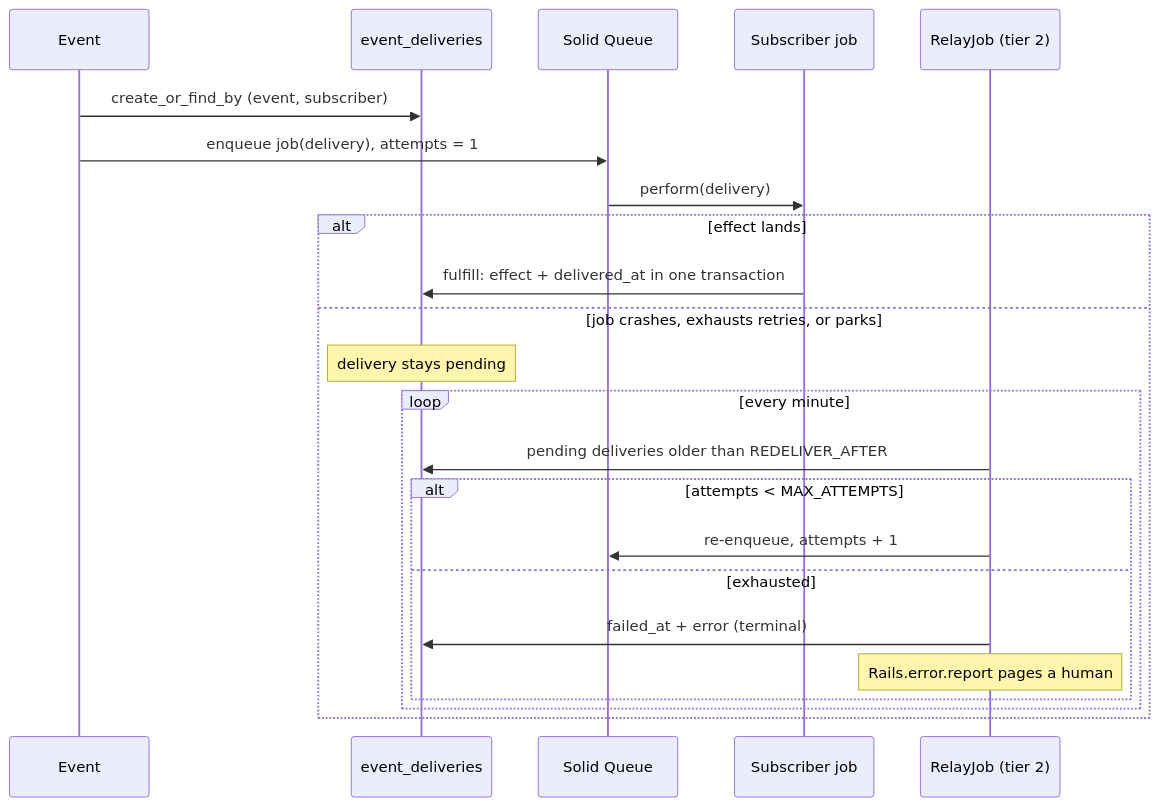
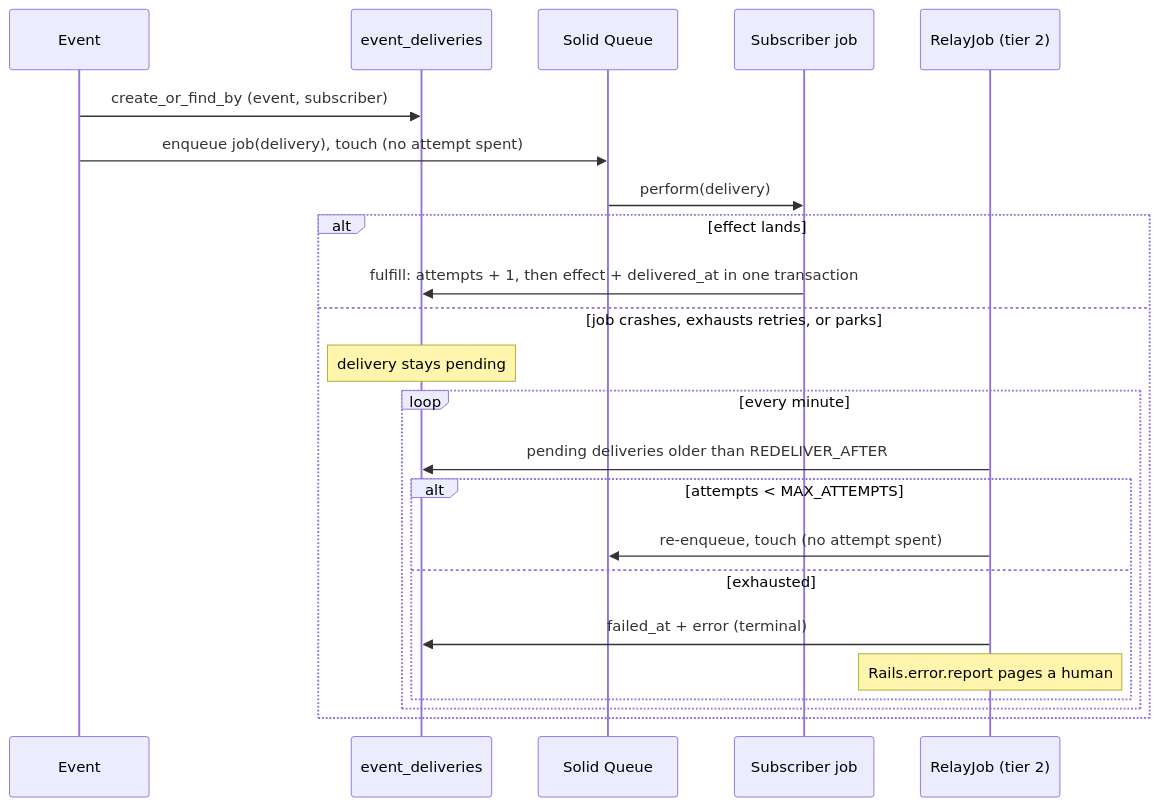
One commit to wcalderipe/rails-vanilla-domain-events changed the diagram in README.md. Above: the diagram before and after it, drawn with Mermaid. The commit also changed other lines of this file and 5 other files, not shown here.

````diff
--- a/README.md
+++ b/README.md
@@ -86,27 +86,27 @@
 ```mermaid
 sequenceDiagram
   participant E as Event#dispatch
   participant D as event_deliveries
   participant Q as Solid Queue
   participant J as Subscriber job
   participant R as RelayJob (tier 2)
 
   E->>D: create_or_find_by (event, subscriber)
-  E->>Q: enqueue job(delivery), attempts = 1
+  E->>Q: enqueue job(delivery), touch (no attempt spent)
   Q->>J: perform(delivery)
 
   alt effect lands
-    J->>D: fulfill: effect + delivered_at in one transaction
+    J->>D: fulfill: attempts + 1, then effect + delivered_at in one transaction
   else job crashes, exhausts retries, or parks
     note over D: delivery stays pending
     loop every minute
       R->>D: pending deliveries older than REDELIVER_AFTER
       alt attempts < MAX_ATTEMPTS
-        R->>Q: re-enqueue, attempts + 1
+        R->>Q: re-enqueue, touch (no attempt spent)
       else exhausted
         R->>D: failed_at + error (terminal)
         note over R: Rails.error.report pages a human
       end
     end
   end
 ```
````
